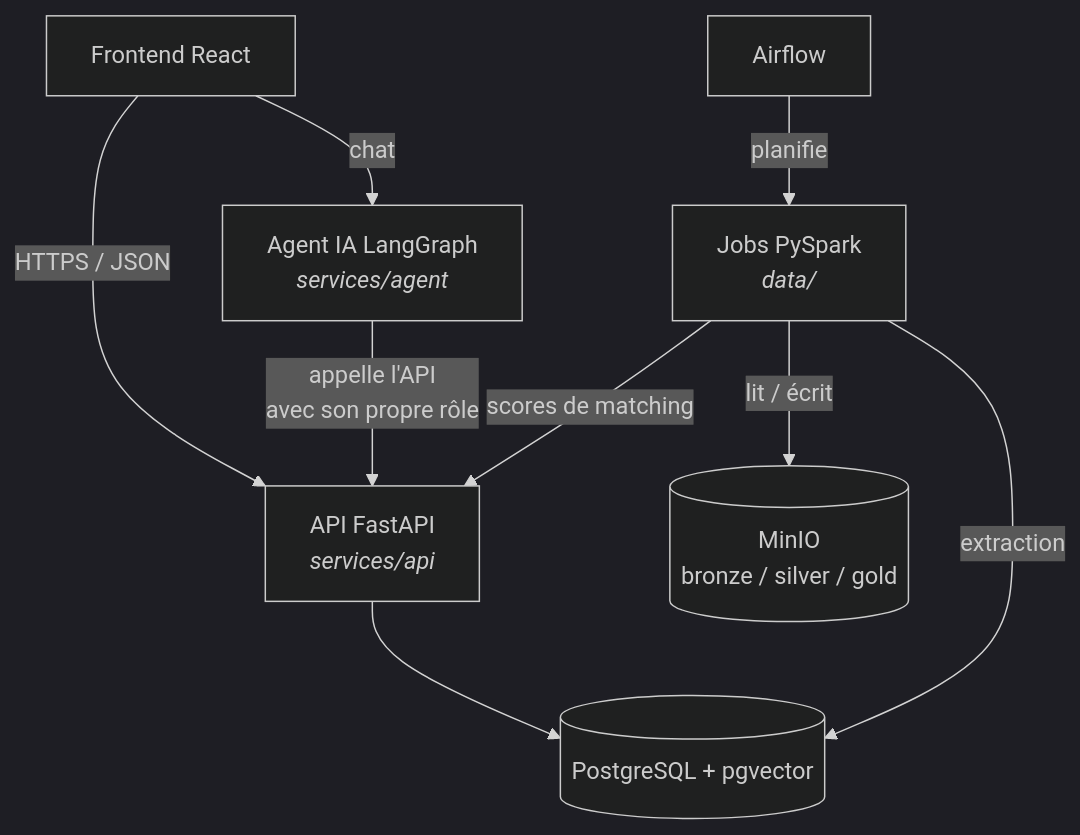
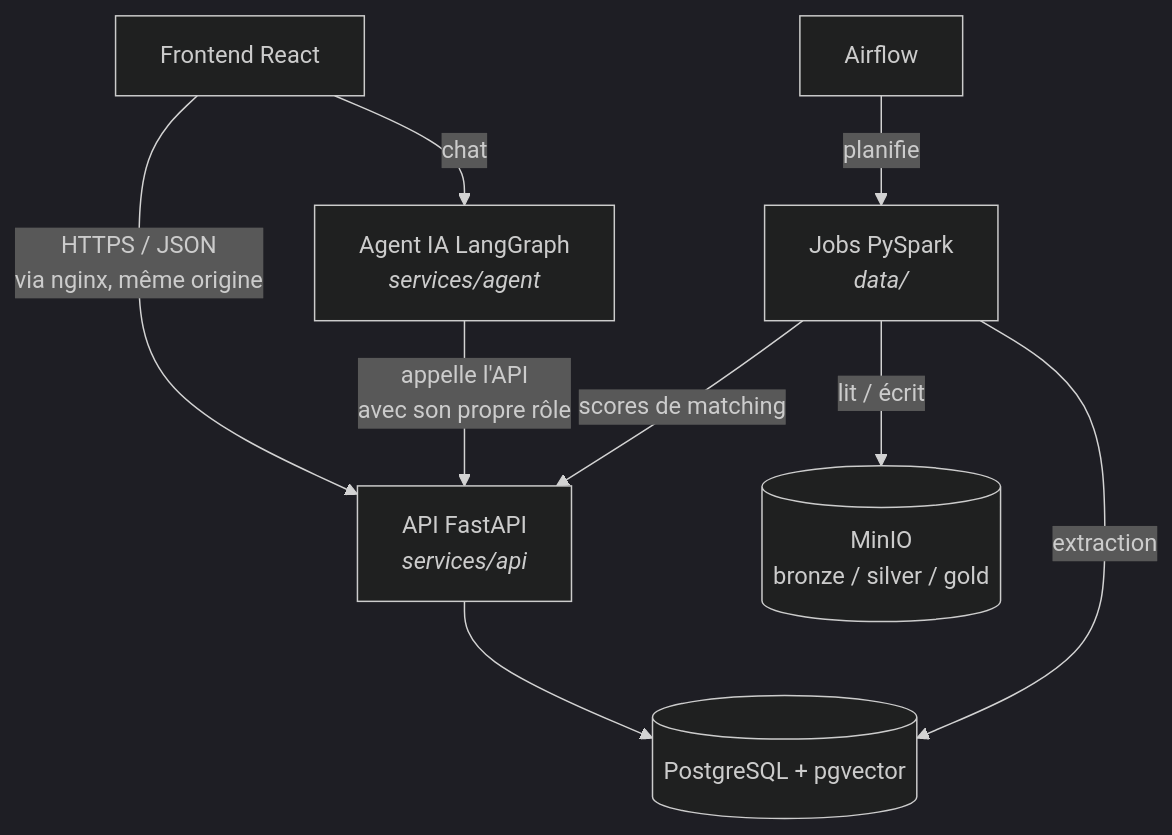
The second of 4 diagrams in docs/architecture/README.md (abdsmd1/internflow), drawn with Mermaid (dark theme) before and after one commit. The commit also changed other lines of this file and 3 other files, not shown here.

````diff
--- a/docs/architecture/README.md
+++ b/docs/architecture/README.md
@@ -23,19 +23,19 @@
 ```mermaid
 flowchart TB
     front[Frontend React]
     api[API FastAPI<br/><i>services/api</i>]
     agent[Agent IA LangGraph<br/><i>services/agent</i>]
     db[(PostgreSQL + pgvector)]
     lake[(MinIO<br/>bronze / silver / gold)]
     spark[Jobs PySpark<br/><i>data/</i>]
     airflow[Airflow]
 
-    front -->|HTTPS / JSON| api
+    front -->|HTTPS / JSON<br/>via nginx, même origine| api
     front -->|chat| agent
     agent -->|appelle l'API<br/>avec son propre rôle| api
     api --> db
     airflow -->|planifie| spark
     spark -->|lit / écrit| lake
     spark -->|extraction| db
     spark -->|scores de matching| api
 ```
````
